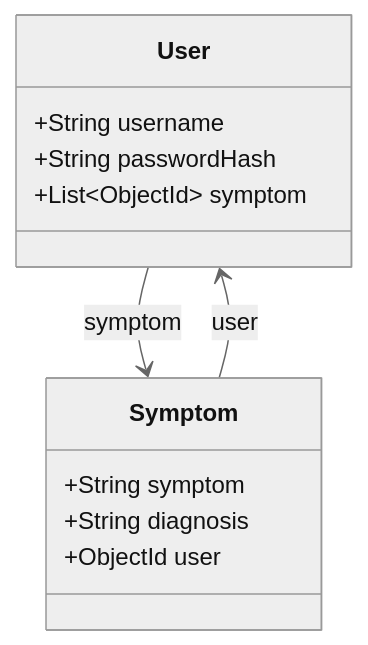
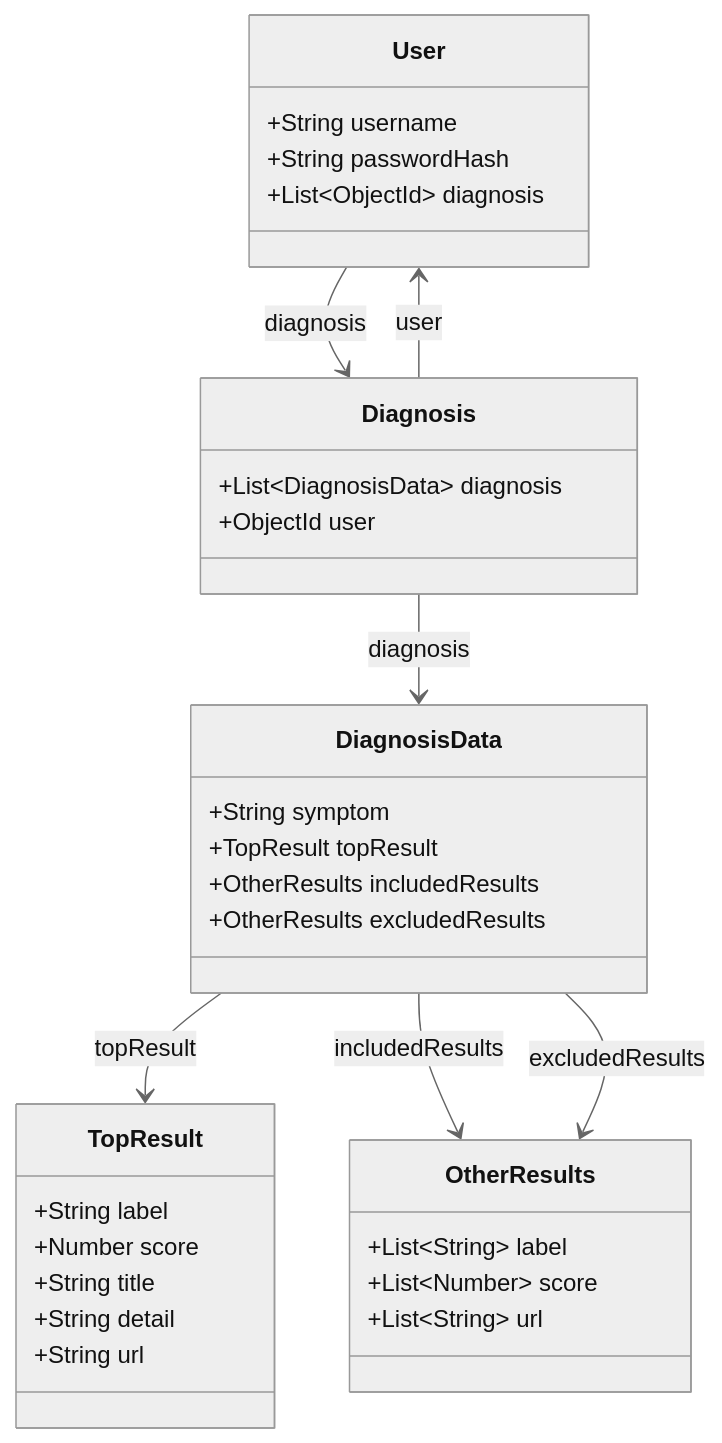
The first of 2 diagrams in README.md (prak112/Symptom-Checker-backend), drawn with Mermaid (neutral theme) before and after one commit.

Commit message:
docs: Update database schema class diagram

````diff
--- a/README.md
+++ b/README.md
@@ -17,16 +17,42 @@
-    ```mermaid
-    classDiagram
-        class User {
-            +String username
-            +String passwordHash
-            +List~ObjectId~ symptom
-        }
-        class Symptom {
-            +String symptom
-            +String diagnosis
-            +ObjectId user
-        }
+```mermaid
+classDiagram
+    class User {
+        +String username
+        +String passwordHash
+        +List~ObjectId~ diagnosis
+    }
 
-        Symptom --> User : user
-        User --> Symptom : symptom
-    ```
+    class Diagnosis {
+        +List~DiagnosisData~ diagnosis
+        +ObjectId user
+    }
+
+    class DiagnosisData {
+        +String symptom
+        +TopResult topResult
+        +OtherResults includedResults
+        +OtherResults excludedResults
+    }
+
+    class TopResult {
+        +String label
+        +Number score
+        +String title
+        +String detail
+        +String url
+    }
+
+    class OtherResults {
+        +List~String~ label
+        +List~Number~ score
+        +List~String~ url
+    }
+
+    User --> Diagnosis : diagnosis
+    Diagnosis --> User : user
+    Diagnosis --> DiagnosisData : diagnosis
+    DiagnosisData --> TopResult : topResult
+    DiagnosisData --> OtherResults : includedResults
+    DiagnosisData --> OtherResults : excludedResults
+
+```
````
